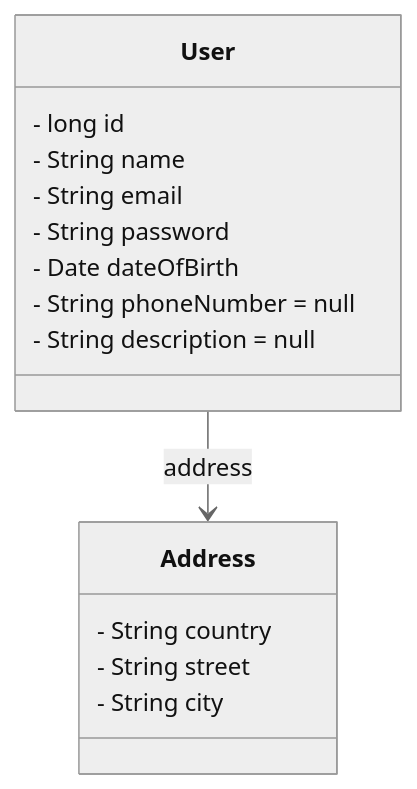
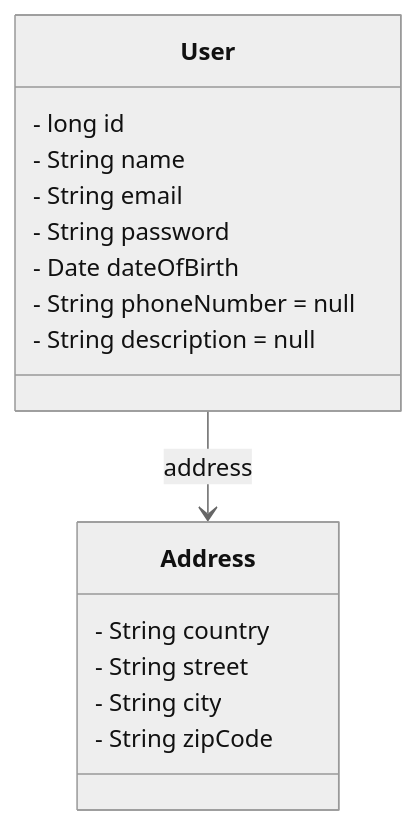
One commit to GabrielCogne/supralog-technical-test changed the diagram in README.md. Above: the diagram before and after it, drawn with Mermaid (neutral theme). The commit also changed other lines of this file and 10 other files, not shown here.

````diff
--- a/README.md
+++ b/README.md
@@ -50,20 +51,21 @@
 ```mermaid
 classDiagram
     class User {
     	- long id
         - String name
         - String email
         - String password
         - Date dateOfBirth
         - String phoneNumber = null
         - String description = null
     }
 
     class Address {
         - String country
         - String street
         - String city
+        - String zipCode
     }
 
     User --> Address: address
 ```
````
